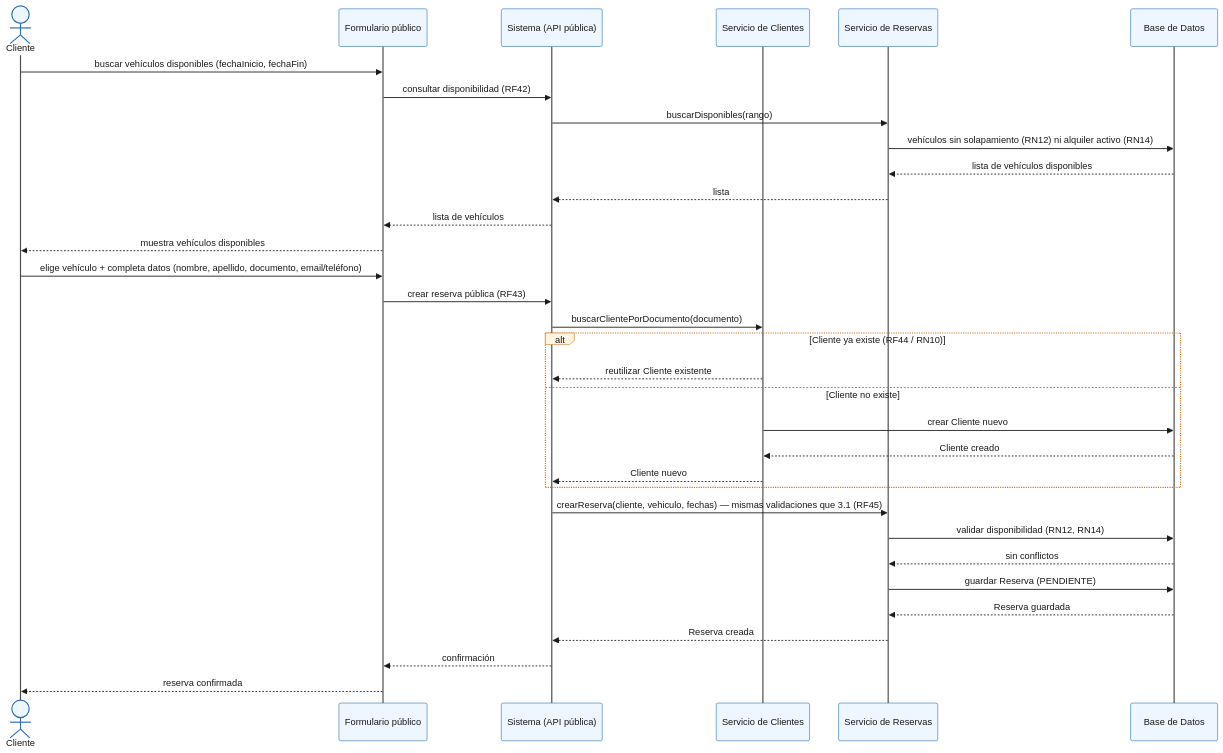
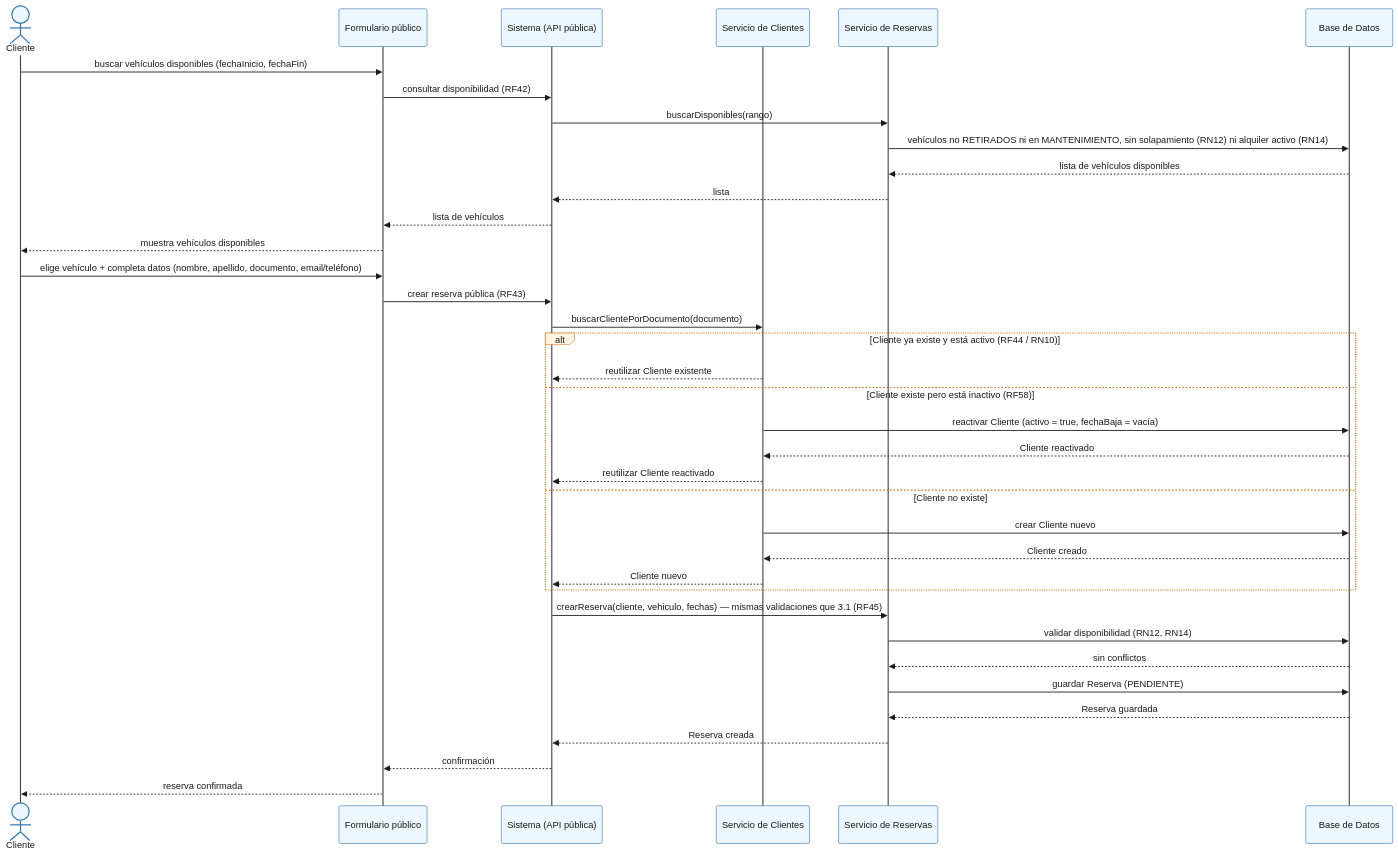
Before and after one commit to chaarlyez/Sistema_de_alquiler_de_veh-culos: the diagram in docs/03-uml/fuentes/parte2-secuencia-reserva-publica.mmd, drawn with Mermaid. The commit also changed 7 other files, not shown here.

First line of the commit message:
docs(uml): ajustar reservas al borrado logico (parte 2)

```diff
--- a/docs/03-uml/fuentes/parte2-secuencia-reserva-publica.mmd
+++ b/docs/03-uml/fuentes/parte2-secuencia-reserva-publica.mmd
@@ -1,56 +1,60 @@
 %%{init: {'theme': 'base', 'themeVariables': {
   'background': '#ffffff',
   'actorBkg': '#eef6ff',
   'actorBorder': '#2a6fb0',
   'actorTextColor': '#1a1a1a',
   'actorLineColor': '#4a4a4a',
   'signalColor': '#1a1a1a',
   'signalTextColor': '#1a1a1a',
   'labelBoxBkgColor': '#fff4e0',
   'labelBoxBorderColor': '#c97a1e',
   'labelTextColor': '#1a1a1a',
   'loopTextColor': '#1a1a1a',
   'noteBkgColor': '#fff9c4',
   'noteBorderColor': '#c9a400',
   'noteTextColor': '#1a1a1a',
   'activationBorderColor': '#2a6fb0',
   'activationBkgColor': '#eafaf0',
   'sequenceNumberColor': '#1a1a1a'
 }}}%%
 sequenceDiagram
     actor Cliente
     participant Form as Formulario público
     participant API as Sistema (API pública)
     participant SC as Servicio de Clientes
     participant SR as Servicio de Reservas
     participant BD as Base de Datos
 
     Cliente->>Form: buscar vehículos disponibles (fechaInicio, fechaFin)
     Form->>API: consultar disponibilidad (RF42)
     API->>SR: buscarDisponibles(rango)
-    SR->>BD: vehículos sin solapamiento (RN12) ni alquiler activo (RN14)
+    SR->>BD: vehículos no RETIRADOS ni en MANTENIMIENTO, sin solapamiento (RN12) ni alquiler activo (RN14)
     BD-->>SR: lista de vehículos disponibles
     SR-->>API: lista
     API-->>Form: lista de vehículos
     Form-->>Cliente: muestra vehículos disponibles
 
     Cliente->>Form: elige vehículo + completa datos (nombre, apellido, documento, email/teléfono)
     Form->>API: crear reserva pública (RF43)
     API->>SC: buscarClientePorDocumento(documento)
 
-    alt Cliente ya existe (RF44 / RN10)
+    alt Cliente ya existe y está activo (RF44 / RN10)
         SC-->>API: reutilizar Cliente existente
+    else Cliente existe pero está inactivo (RF58)
+        SC->>BD: reactivar Cliente (activo = true, fechaBaja = vacía)
+        BD-->>SC: Cliente reactivado
+        SC-->>API: reutilizar Cliente reactivado
     else Cliente no existe
         SC->>BD: crear Cliente nuevo
         BD-->>SC: Cliente creado
         SC-->>API: Cliente nuevo
     end
 
     API->>SR: crearReserva(cliente, vehiculo, fechas) — mismas validaciones que 3.1 (RF45)
     SR->>BD: validar disponibilidad (RN12, RN14)
     BD-->>SR: sin conflictos
     SR->>BD: guardar Reserva (PENDIENTE)
     BD-->>SR: Reserva guardada
     SR-->>API: Reserva creada
     API-->>Form: confirmación
     Form-->>Cliente: reserva confirmada
```
